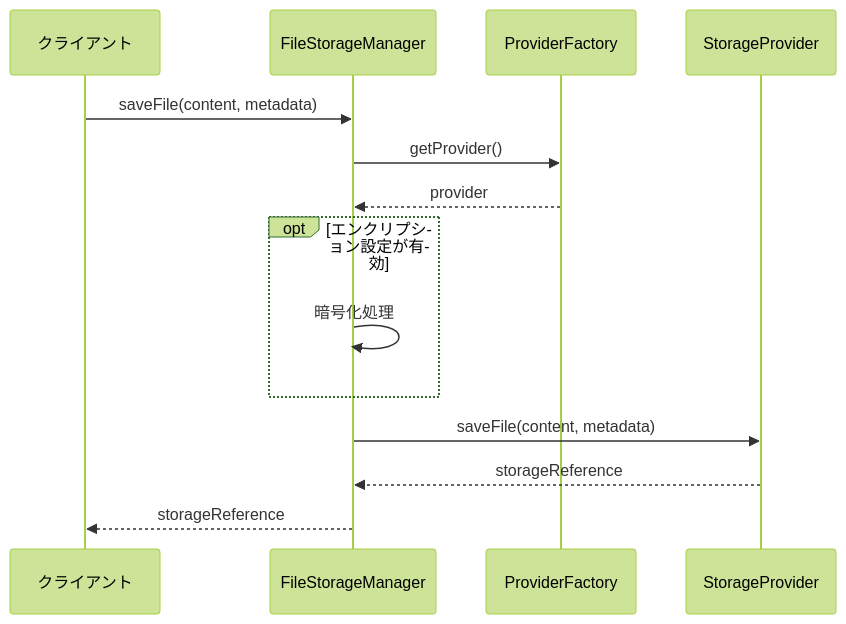
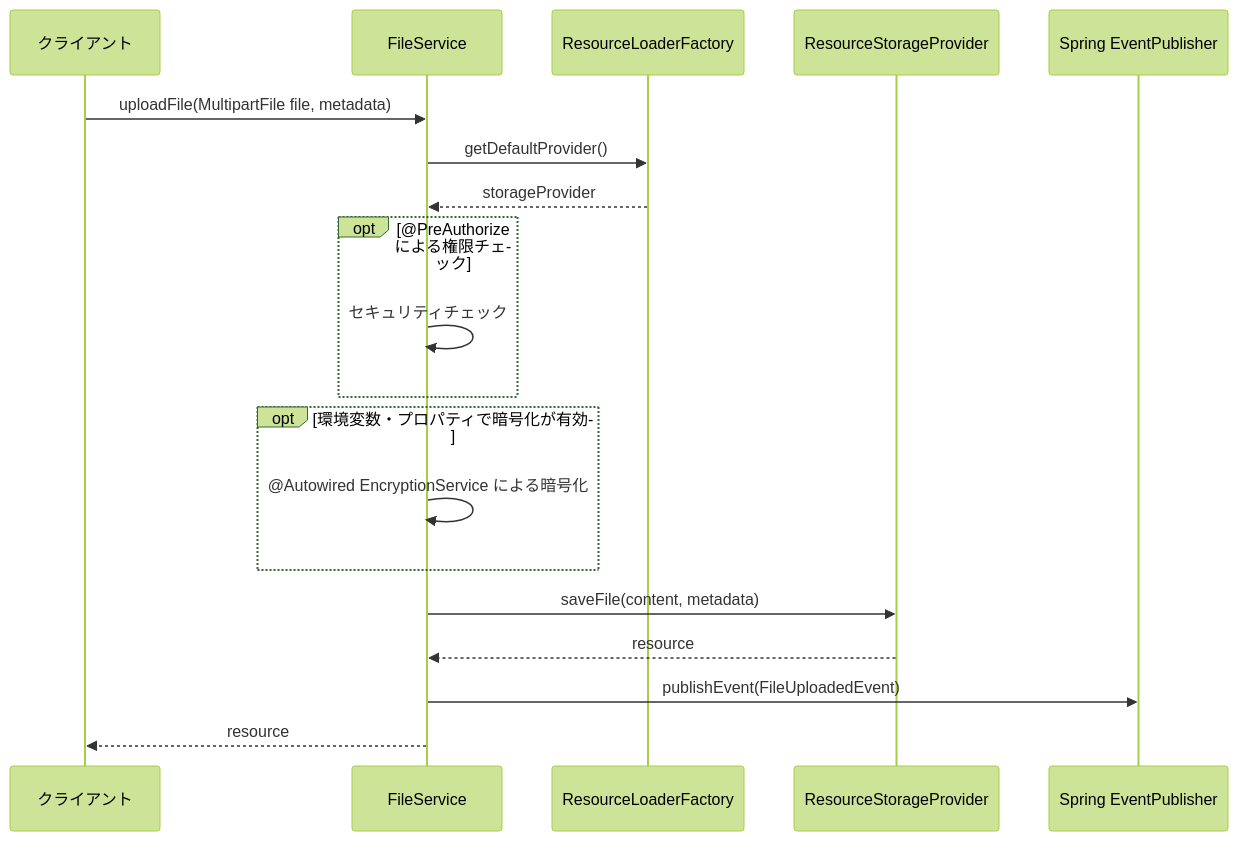
The first of 4 diagrams in docs/03_詳細設計/02_モジュール/01_共通機能/05_ファイル管理機能/04_ファイルストレージ管理.md (fcircle-biz/ses_mgr), drawn with Mermaid (forest theme) before and after one commit. The commit also changed other lines of this file and 4 other files, not shown here.

````diff
--- a/docs/03_詳細設計/02_モジュール/01_共通機能/05_ファイル管理機能/04_ファイルストレージ管理.md
+++ b/docs/03_詳細設計/02_モジュール/01_共通機能/05_ファイル管理機能/04_ファイルストレージ管理.md
@@ -179,19 +460,27 @@
 ```mermaid
 sequenceDiagram
     participant Client as クライアント
-    participant Service as FileStorageManager
-    participant Factory as ProviderFactory
-    participant Provider as StorageProvider
+    participant Service as FileService
+    participant Factory as ResourceLoaderFactory
+    participant Provider as ResourceStorageProvider
+    participant EventBus as Spring EventPublisher
 
-    Client->>Service: saveFile(content, metadata)
-    Service->>Factory: getProvider()
-    Factory-->>Service: provider
+    Client->>Service: uploadFile(MultipartFile file, metadata)
+    Service->>Factory: getDefaultProvider()
+    Factory-->>Service: storageProvider
+    
+    opt @PreAuthorize による権限チェック
+        Service->>Service: セキュリティチェック
+    end
 
-    opt エンクリプション設定が有効
-        Service->>Service: 暗号化処理
+    opt 環境変数・プロパティで暗号化が有効
+        Service->>Service: @Autowired EncryptionService による暗号化
     end
 
     Service->>Provider: saveFile(content, metadata)
-    Provider-->>Service: storageReference
-    Service-->>Client: storageReference
+    Provider-->>Service: resource
+    
+    Service->>EventBus: publishEvent(FileUploadedEvent)
+    
+    Service-->>Client: resource
 ```
````
